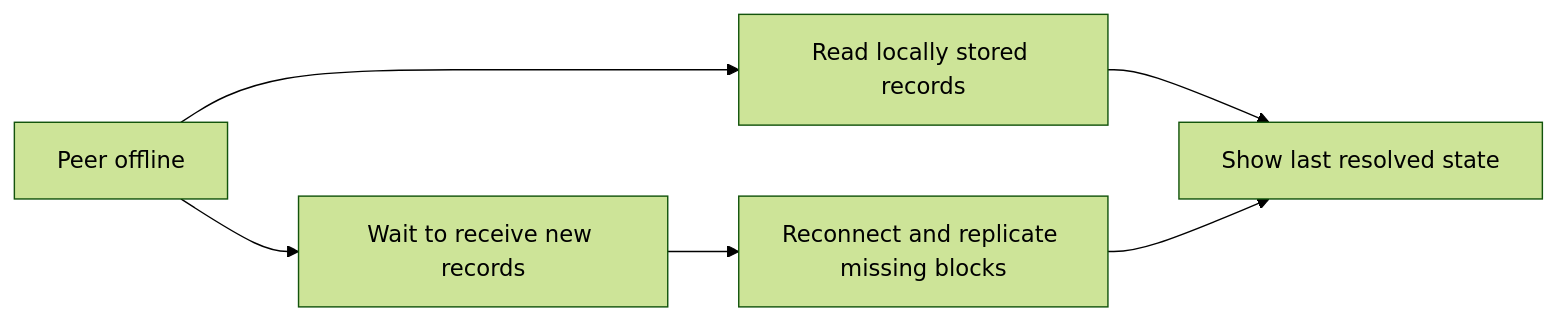
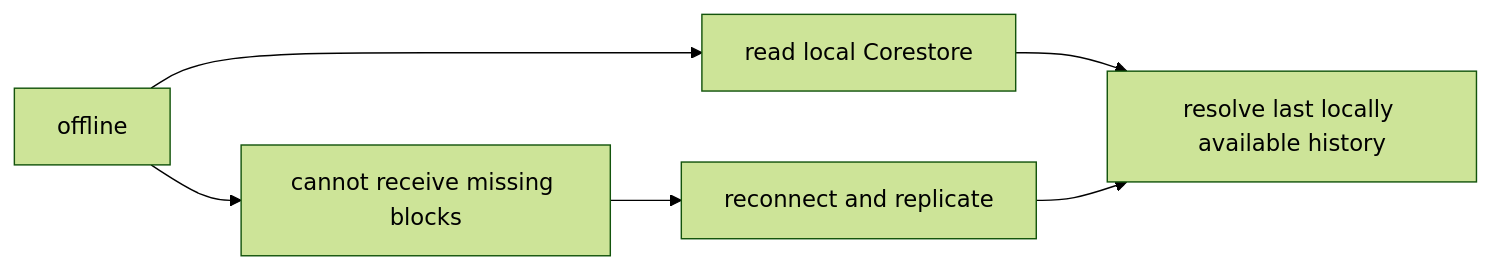
One commit to matthewlovestocode/peer-hours changed the diagram in docs/education/21-offline-peers.md. Above: the diagram before and after it, drawn with Mermaid (forest theme). The commit also changed other lines of this file and 62 other files, not shown here.

````diff
--- a/docs/education/21-offline-peers.md
+++ b/docs/education/21-offline-peers.md
@@ -11,8 +5,8 @@
 ```mermaid
 flowchart LR
-  O["Peer offline"] --> L["Read locally stored records"]
-  L --> V["Show last resolved state"]
-  O --> W["Wait to receive new records"]
-  W --> R["Reconnect and replicate missing blocks"]
+  O["offline"] --> L["read local Corestore"]
+  L --> V["resolve last locally available history"]
+  O --> W["cannot receive missing blocks"]
+  W --> R["reconnect and replicate"]
   R --> V
 ```
````
